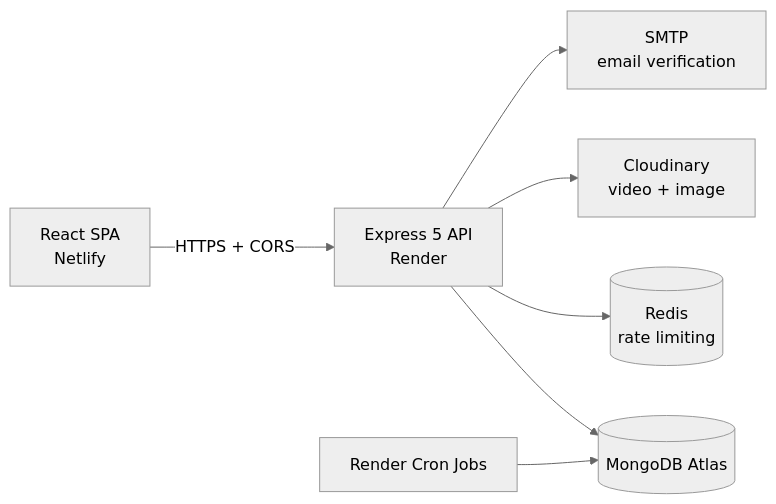
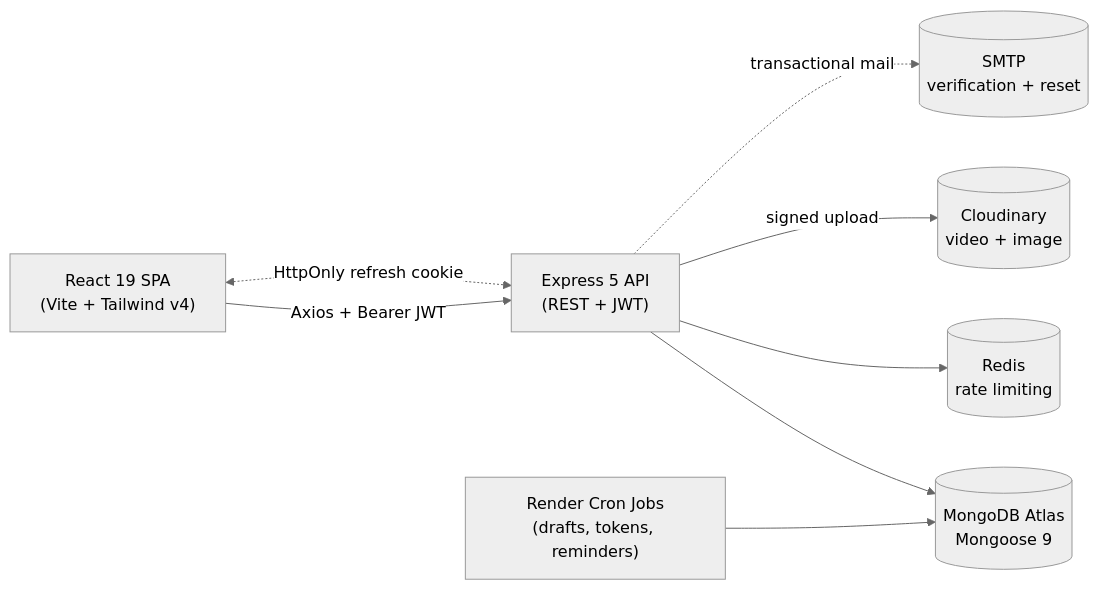
Before and after one commit to Serkanbyx/lms-mern: the second of 2 diagrams in README.md, drawn with Mermaid (neutral theme). The commit also changed other lines of this file and 1 other file, not shown here.

````diff
--- a/README.md
+++ b/README.md
@@ -160,9 +113,18 @@
 ```mermaid
-graph LR
-  Client[React SPA<br/>Netlify] -->|HTTPS + CORS| API[Express 5 API<br/>Render]
-  API --> Mongo[(MongoDB Atlas)]
-  API --> Redis[(Redis<br/>rate limiting)]
-  API --> Cloud[Cloudinary<br/>video + image]
-  API --> SMTP[SMTP<br/>email verification]
-  Cron[Render Cron Jobs] --> Mongo
+flowchart LR
+  Browser["React 19 SPA<br/>(Vite + Tailwind v4)"]
+  API["Express 5 API<br/>(REST + JWT)"]
+  DB[("MongoDB Atlas<br/>Mongoose 9")]
+  Redis[("Redis<br/>rate limiting")]
+  CDN[("Cloudinary<br/>video + image")]
+  SMTP[("SMTP<br/>verification + reset")]
+  Cron["Render Cron Jobs<br/>(drafts, tokens, reminders)"]
+
+  Browser -- "Axios + Bearer JWT" --> API
+  Browser <-. "HttpOnly refresh cookie" .-> API
+  API --> DB
+  API --> Redis
+  API -- "signed upload" --> CDN
+  API -. "transactional mail" .-> SMTP
+  Cron --> DB
 ```
````
